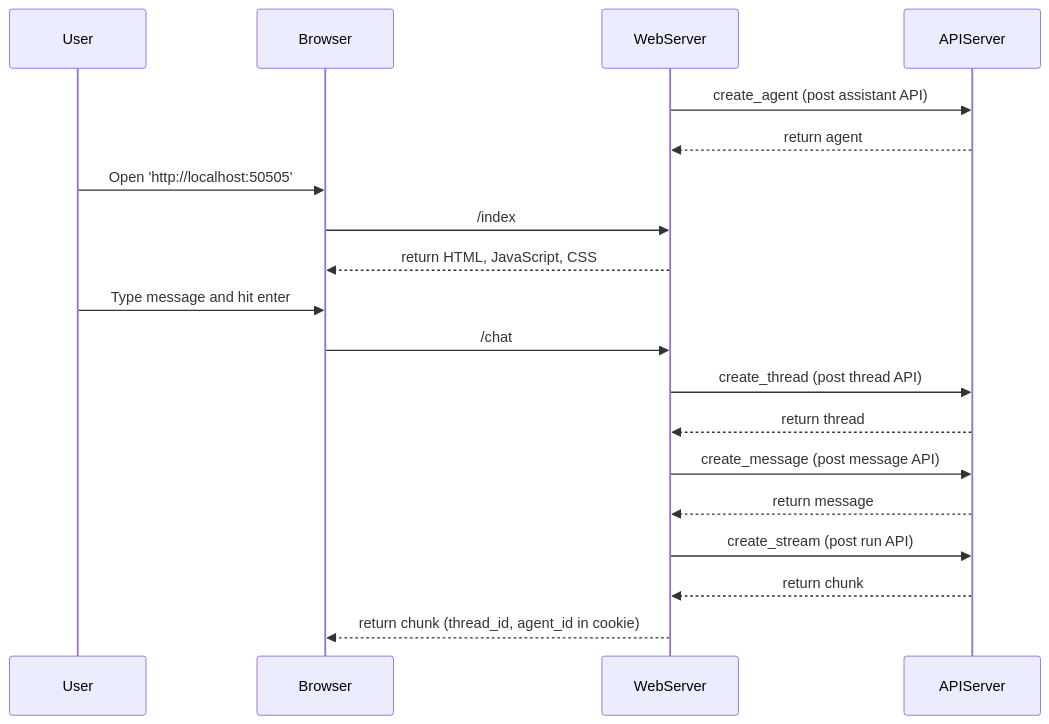
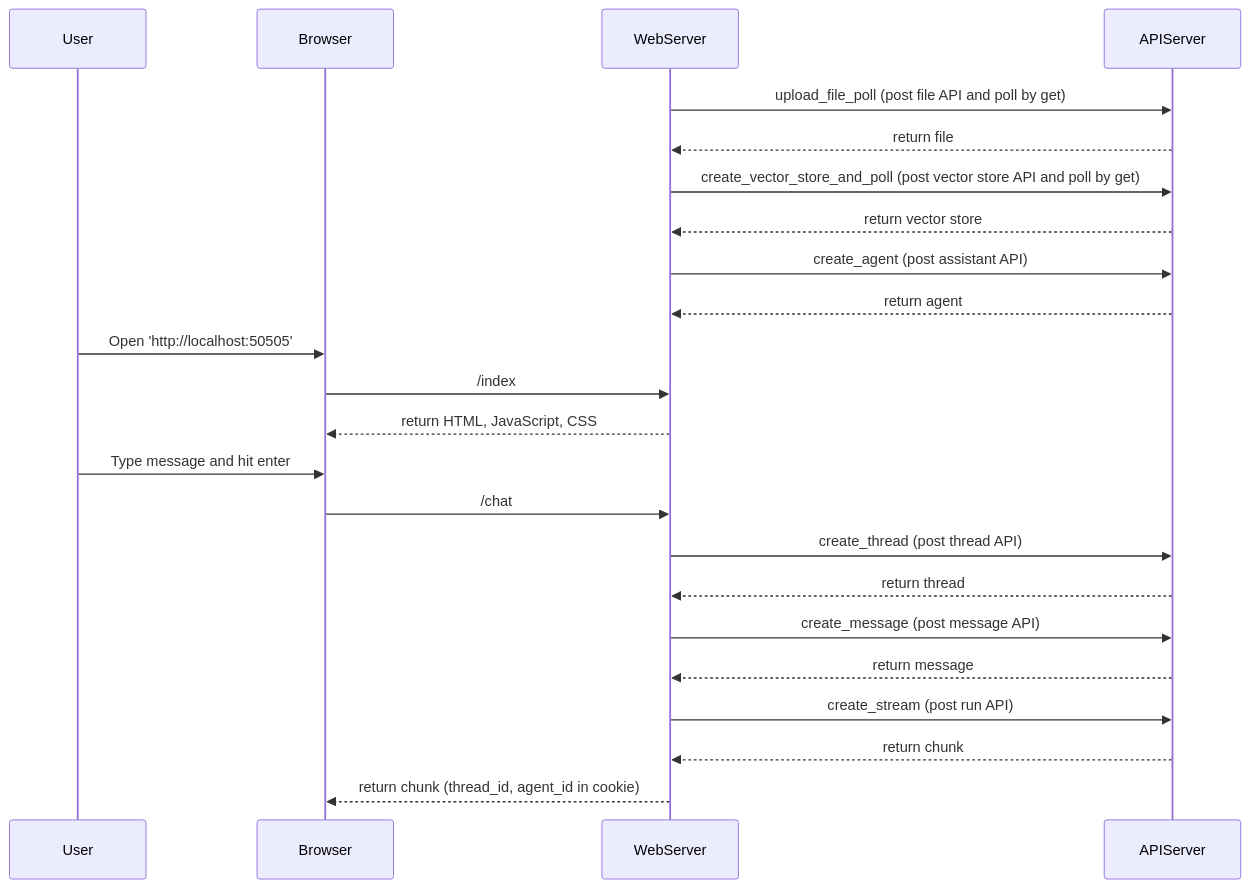
Before and after one commit to zobayer098/hackathon2025: the diagram in README.md, drawn with Mermaid.

````diff
--- a/README.md
+++ b/README.md
@@ -11,26 +11,30 @@
 ```mermaid
 sequenceDiagram
     participant User
     participant Browser
     participant WebServer
     participant APIServer
 
+    WebServer->>APIServer: upload_file_poll (post file API and poll by get)
+    APIServer-->>WebServer: return file
+    WebServer->>APIServer: create_vector_store_and_poll (post vector store API and poll by get)
+    APIServer-->>WebServer: return vector store
     WebServer->>APIServer: create_agent (post assistant API)
     APIServer-->>WebServer: return agent
 
     User->>Browser: Open 'http://localhost:50505'
     Browser->>WebServer: /index
     WebServer-->>Browser: return HTML, JavaScript, CSS
 
     User->>Browser: Type message and hit enter
     Browser->>WebServer: /chat
     WebServer->>APIServer: create_thread (post thread API)
     APIServer-->>WebServer: return thread
 
     WebServer->>APIServer: create_message (post message API)
     APIServer-->>WebServer: return message
 
     WebServer->>APIServer: create_stream (post run API)
     APIServer-->>WebServer: return chunk
     WebServer-->>Browser: return chunk  (thread_id, agent_id in cookie)
 ```
````
